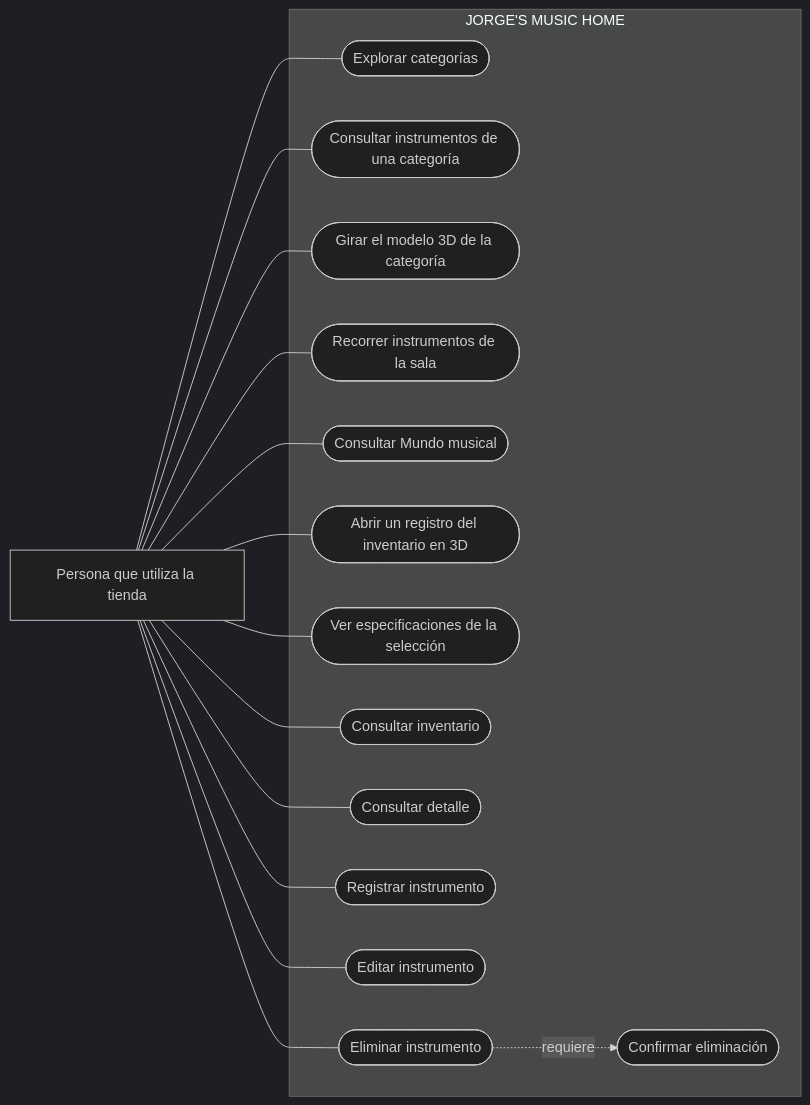
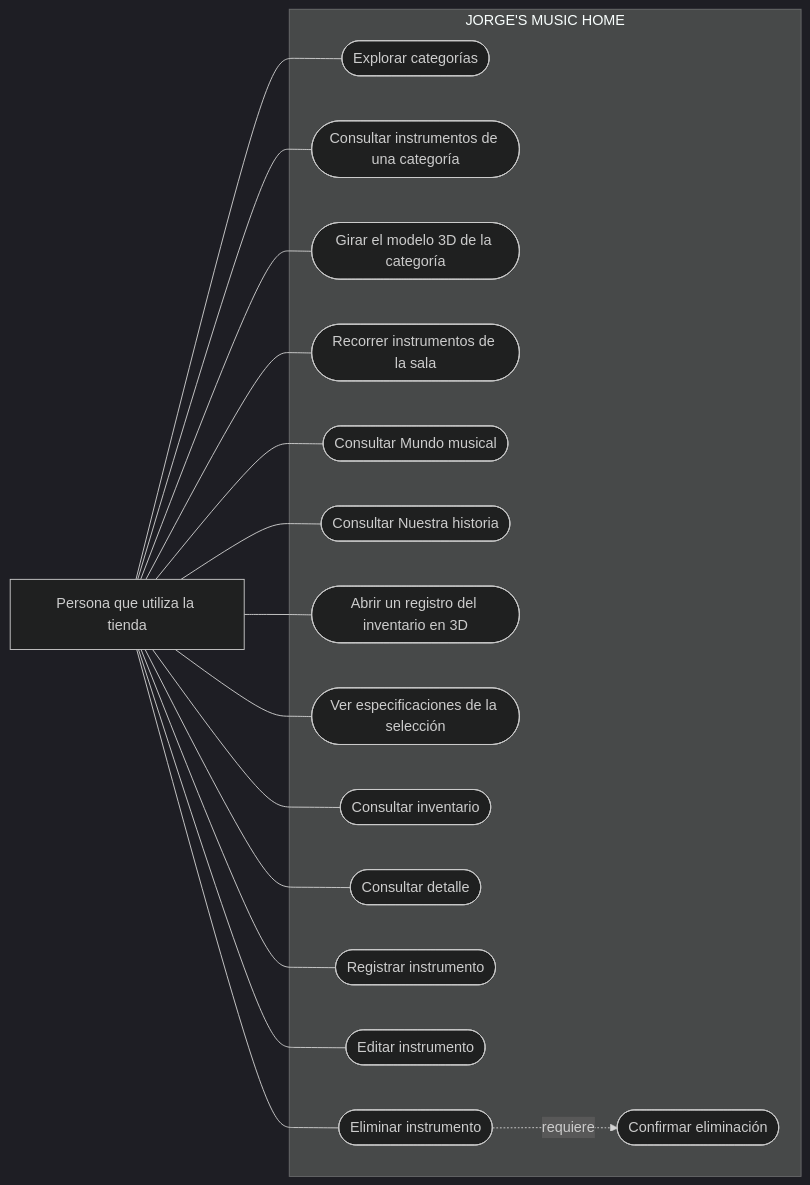
One commit to jorgehernanwb-spec/jorges-music-home changed the diagram in docs/03_diagramas/casos_de_uso.md. Above: the diagram before and after it, drawn with Mermaid (dark theme). The commit also changed 7 other files, not shown here.

Commit message:
feat(recepcion): renovar seccion nuestra historia

````diff
--- a/docs/03_diagramas/casos_de_uso.md
+++ b/docs/03_diagramas/casos_de_uso.md
@@ -5,32 +5,34 @@
 ```mermaid
 flowchart LR
     actor["Persona que utiliza la tienda"]
     subgraph inventario["JORGE'S MUSIC HOME"]
         galeria(["Explorar categorías"])
         sala(["Consultar instrumentos de una categoría"])
         girar(["Girar el modelo 3D de la categoría"])
         alternar(["Recorrer instrumentos de la sala"])
         leerMundo(["Consultar Mundo musical"])
+        leerHistoria(["Consultar Nuestra historia"])
         verEnTresD(["Abrir un registro del inventario en 3D"])
         especificaciones(["Ver especificaciones de la selección"])
         catalogo(["Consultar inventario"])
         detalle(["Consultar detalle"])
         registrar(["Registrar instrumento"])
         editar(["Editar instrumento"])
         eliminar(["Eliminar instrumento"])
         confirmar(["Confirmar eliminación"])
         eliminar -. requiere .-> confirmar
     end
     actor --- galeria
     actor --- sala
     actor --- girar
     actor --- alternar
     actor --- leerMundo
+    actor --- leerHistoria
     actor --- verEnTresD
     actor --- especificaciones
     actor --- catalogo
     actor --- detalle
     actor --- registrar
     actor --- editar
     actor --- eliminar
 ```
````
